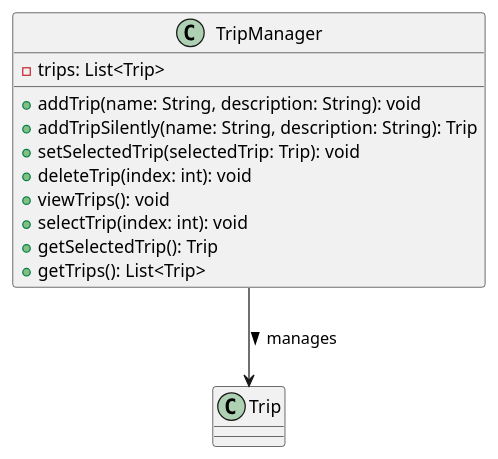
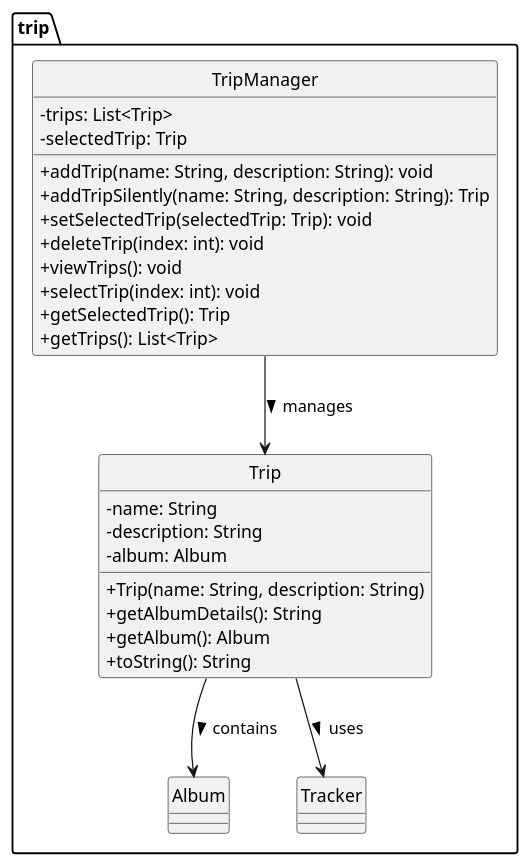
One commit to ojassurana/tp changed the diagram in docs/puml_files/TripManager.puml. Above: the diagram before and after it, drawn with PlantUML. The commit also changed 4 other files, not shown here.

Commit message:
Fix uml diagrams with circle and colors

```diff
--- a/docs/puml_files/TripManager.puml
+++ b/docs/puml_files/TripManager.puml
@@ -1,15 +1,33 @@
 @startuml
+hide circle
+skinparam classAttributeIconSize 0
+package trip {
+
 class TripManager {
     - trips: List<Trip>
+    - selectedTrip: Trip
     + addTrip(name: String, description: String): void
     + addTripSilently(name: String, description: String): Trip
     + setSelectedTrip(selectedTrip: Trip): void
     + deleteTrip(index: int): void
     + viewTrips(): void
     + selectTrip(index: int): void
     + getSelectedTrip(): Trip
     + getTrips(): List<Trip>
 }
 
-TripManager --> Trip: manages >
+class Trip {
+    - name: String
+    - description: String
+    - album: Album
+    + Trip(name: String, description: String)
+    + getAlbumDetails(): String
+    + getAlbum(): Album
+    + toString(): String
+}
+
+TripManager --> Trip : manages >
+Trip --> Album : contains >
+Trip --> Tracker : uses >
+}
 @enduml
```
